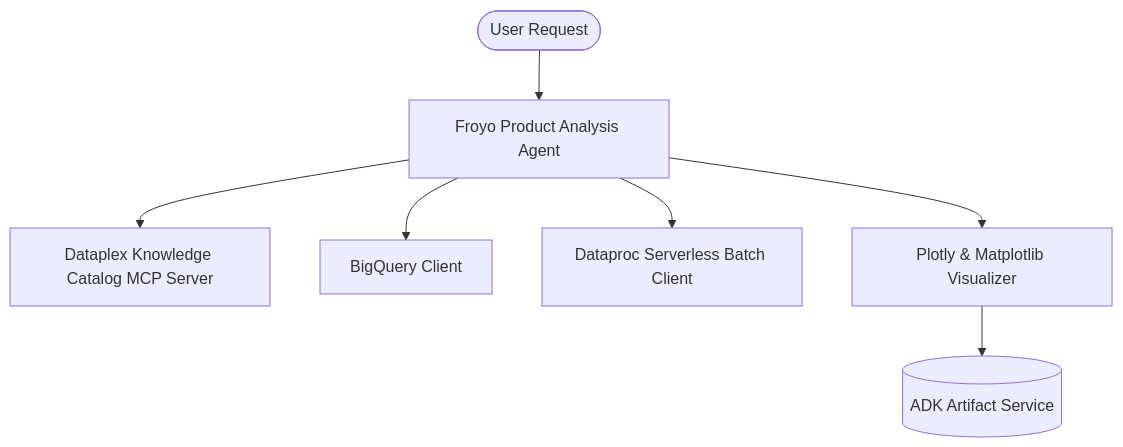
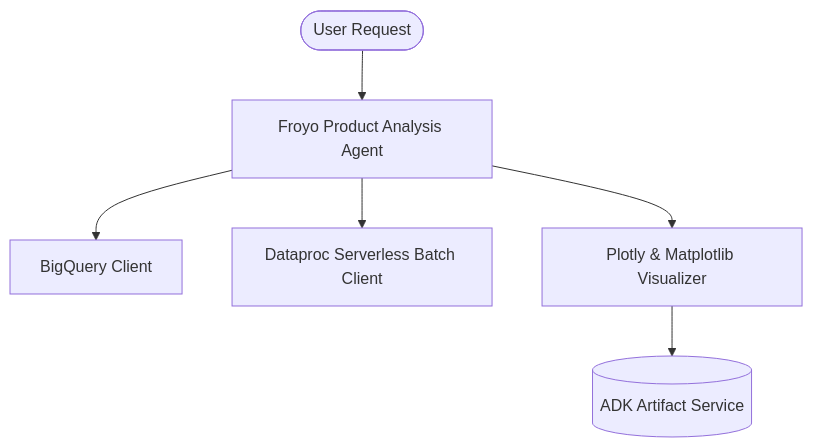
The diagram in python/agents/froyo-product-analysis/README.md (danielholgate/adk-samples), drawn with Mermaid before and after one commit. The commit also changed other lines of this file and 2 other files, not shown here.

````diff
--- a/python/agents/froyo-product-analysis/README.md
+++ b/python/agents/froyo-product-analysis/README.md
@@ -11,9 +11,8 @@
 ```mermaid
 graph TD
     User([User Request]) --> Agent[Froyo Product Analysis Agent]
-    Agent --> MCP[Dataplex Knowledge Catalog MCP Server]
     Agent --> BQ[BigQuery Client]
     Agent --> DP[Dataproc Serverless Batch Client]
     Agent --> Viz[Plotly & Matplotlib Visualizer]
     Viz --> Artifacts[(ADK Artifact Service)]
 ```
````
